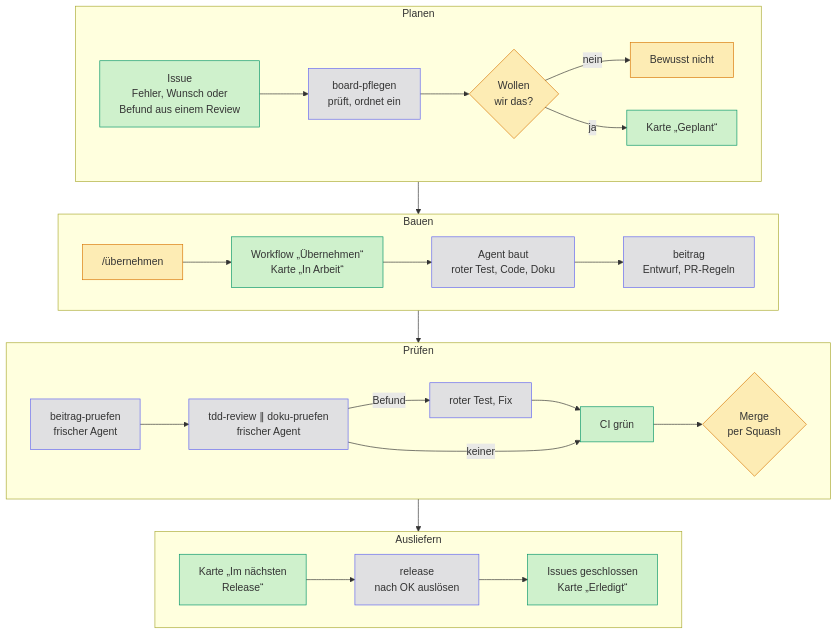
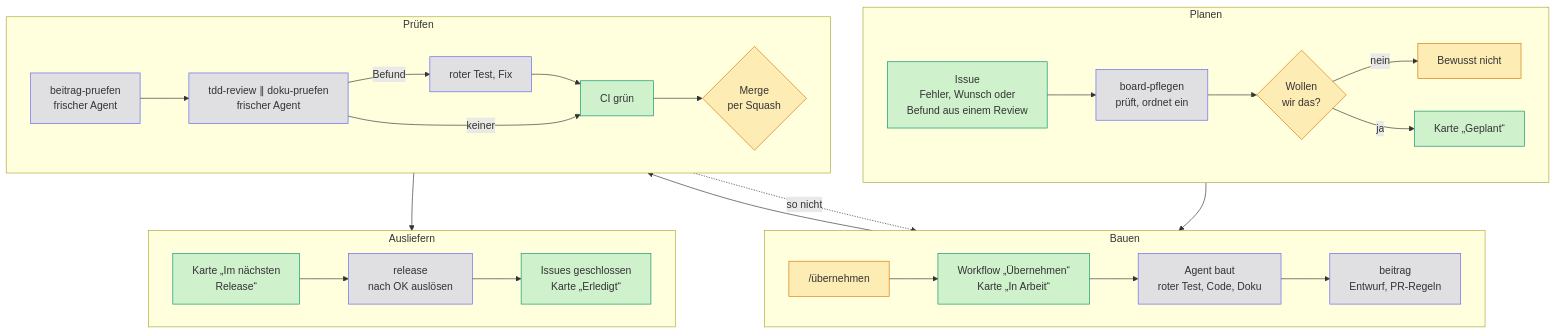
One commit to firsttris/haben changed the diagram in docs/agentic-engineering.md. Above: the diagram before and after it, drawn with Mermaid. The commit also changed other lines of this file, not shown here.

````diff
--- a/docs/agentic-engineering.md
+++ b/docs/agentic-engineering.md
@@ -42,37 +42,38 @@
 ```mermaid
 flowchart TB
   subgraph Planen
     direction LR
     Issue["Issue<br/>Fehler, Wunsch oder<br/>Befund aus einem Review"] --> Board["board-pflegen<br/>prüft, ordnet ein"]
     Board --> Wollen{"Wollen<br/>wir das?"}
     Wollen -->|nein| Nicht["Bewusst nicht"]
     Wollen -->|ja| Geplant["Karte „Geplant“"]
   end
   subgraph Bauen
     direction LR
     Uebernehmen["/übernehmen"] --> Zuweisen["Workflow „Übernehmen“<br/>Karte „In Arbeit“"]
     Zuweisen --> Code["Agent baut<br/>roter Test, Code, Doku"]
     Code --> PR["beitrag<br/>Entwurf, PR-Regeln"]
   end
   subgraph Prüfen
     direction LR
     Selbst["beitrag-pruefen<br/>frischer Agent"] --> Review["tdd-review ∥ doku-pruefen<br/>frischer Agent"]
     Review -->|Befund| Fix["roter Test, Fix"]
     Fix --> CI
     Review -->|keiner| CI["CI grün"]
     CI --> Merge{"Merge<br/>per Squash"}
   end
   subgraph Ausliefern
     direction LR
     Naechstes["Karte „Im nächsten<br/>Release“"] --> Release["release<br/>nach OK auslösen"]
     Release --> Erledigt["Issues geschlossen<br/>Karte „Erledigt“"]
   end
   Planen --> Bauen --> Prüfen --> Ausliefern
+  Prüfen -.->|so nicht| Bauen
 
   classDef mensch fill:#f59e0b33,stroke:#d97706
   classDef agent fill:#6366f133,stroke:#6366f1
   classDef auto fill:#10b98133,stroke:#059669
   class Wollen,Uebernehmen,Merge,Nicht mensch
   class Board,Code,PR,Selbst,Review,Fix,Release agent
   class Issue,Geplant,Zuweisen,CI,Naechstes,Erledigt auto
 ```
````
